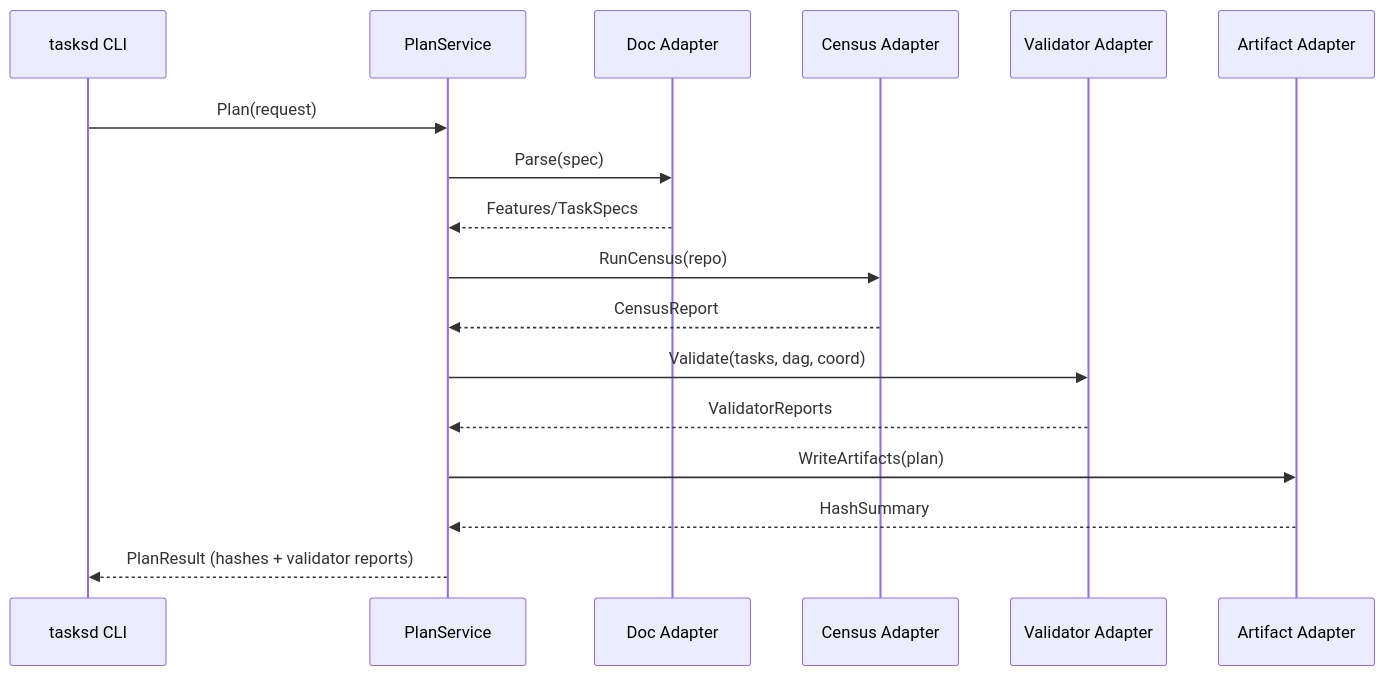
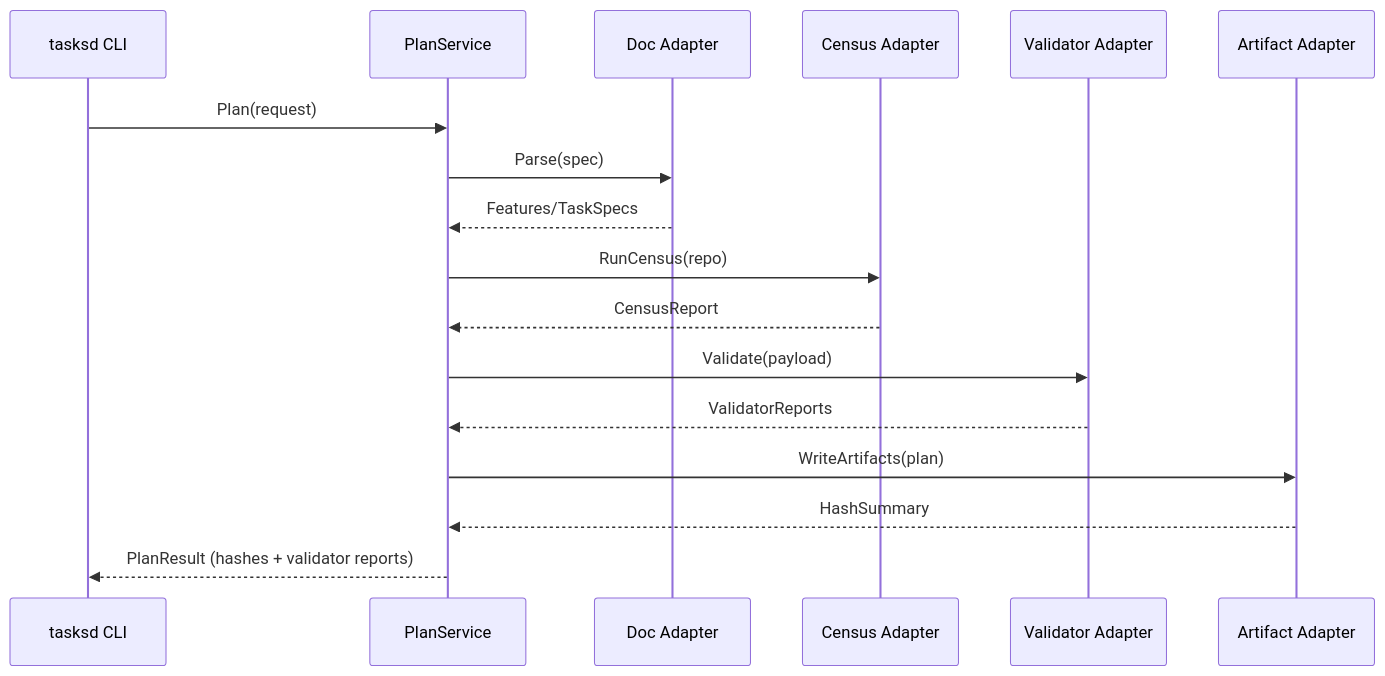
The second of 2 diagrams in docs/hex-architecture-plan.md (flyingrobots/TASKS), drawn with Mermaid before and after one commit. The commit also changed other lines of this file and 14 other files, not shown here.

````diff
--- a/docs/hex-architecture-plan.md
+++ b/docs/hex-architecture-plan.md
@@ -90,20 +98,20 @@
 ```mermaid
 sequenceDiagram
     participant CLI as tasksd CLI
     participant PlanSvc as PlanService
     participant DocAdapter as Doc Adapter
     participant Analysis as Census Adapter
     participant Validator as Validator Adapter
     participant Artifact as Artifact Adapter
 
     CLI->>PlanSvc: Plan(request)
     PlanSvc->>DocAdapter: Parse(spec)
     DocAdapter-->>PlanSvc: Features/TaskSpecs
     PlanSvc->>Analysis: RunCensus(repo)
     Analysis-->>PlanSvc: CensusReport
-    PlanSvc->>Validator: Validate(tasks, dag, coord)
+    PlanSvc->>Validator: Validate(payload)
     Validator-->>PlanSvc: ValidatorReports
     PlanSvc->>Artifact: WriteArtifacts(plan)
     Artifact-->>PlanSvc: HashSummary
     PlanSvc-->>CLI: PlanResult (hashes + validator reports)
 ```
````
